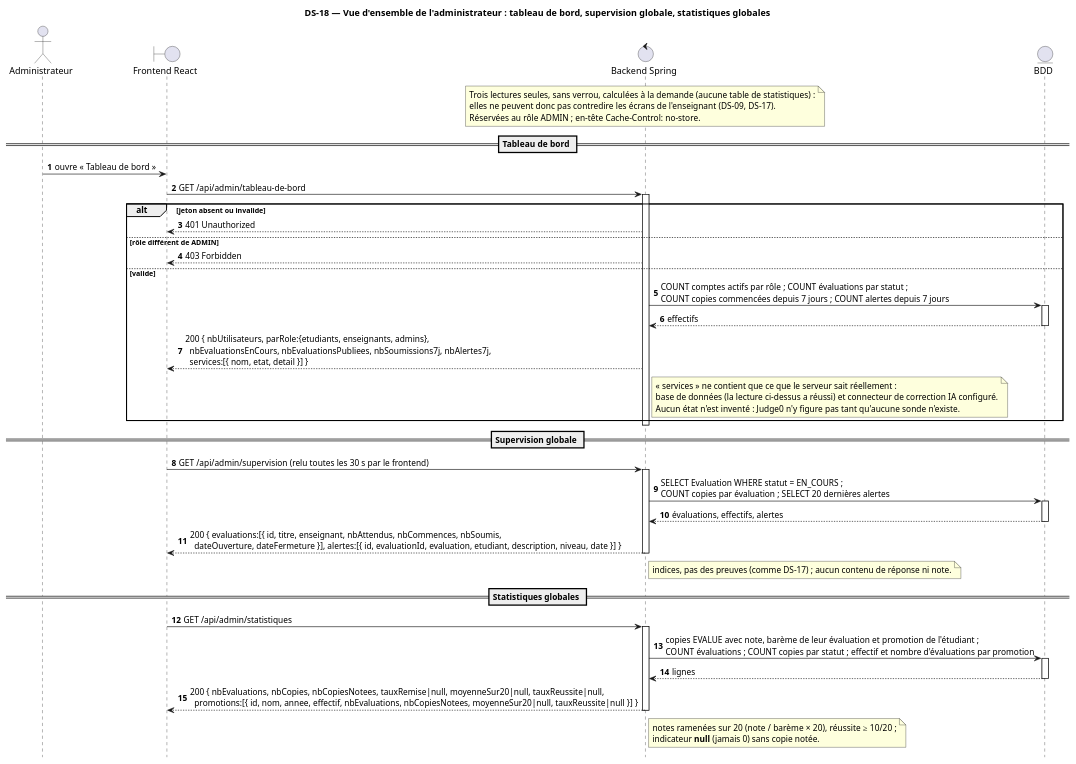
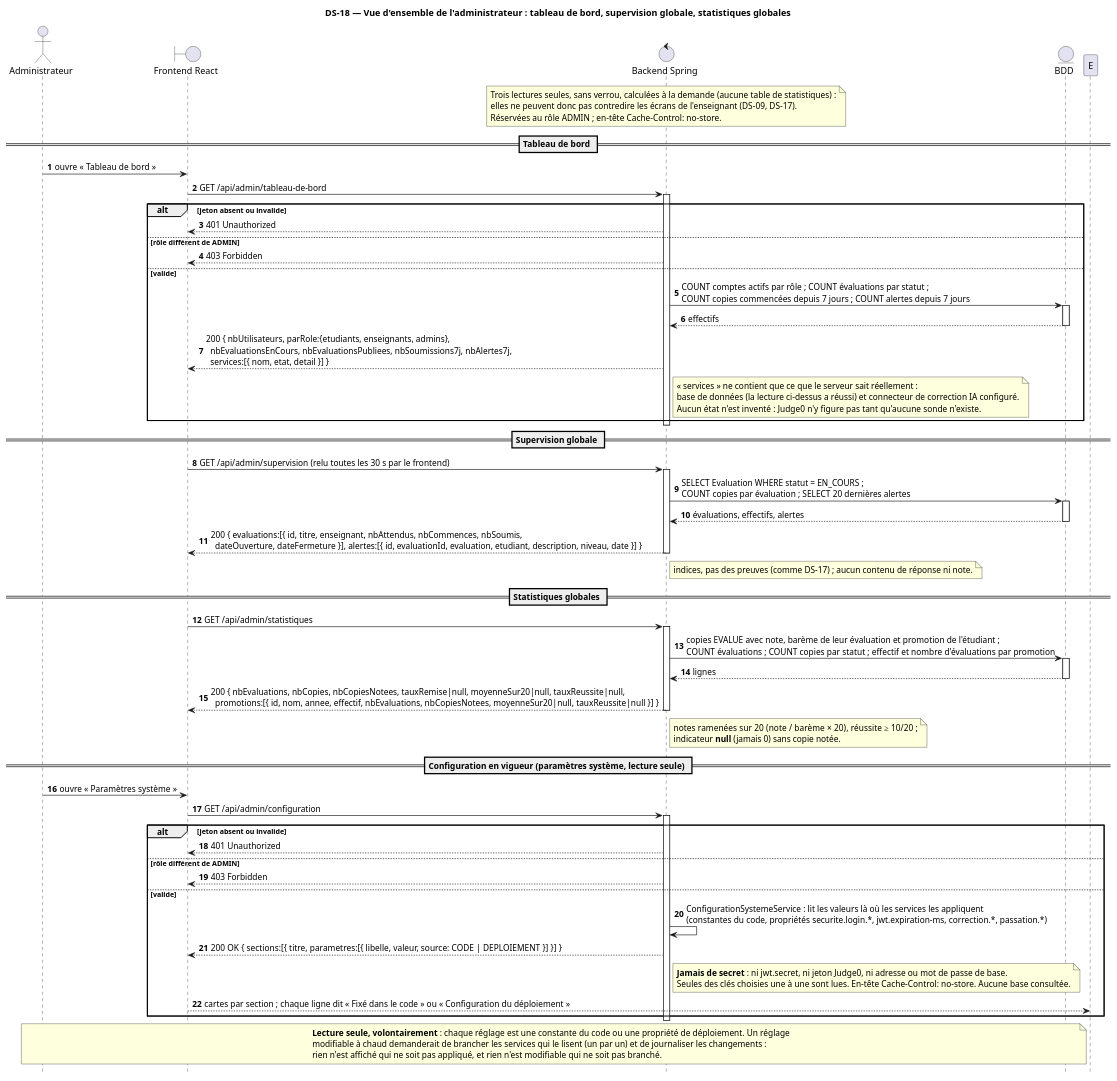
Before and after one commit to MorLeye75/eval-platform: the diagram in docs/diagrammes-sequence/DS-18-vue-ensemble-admin.puml, drawn with PlantUML. The commit also changed 13 other files, not shown here.

First line of the commit message:
DS-18 : paramètres système en lecture seule, branchés sur la configuration réelle

```diff
--- a/docs/diagrammes-sequence/DS-18-vue-ensemble-admin.puml
+++ b/docs/diagrammes-sequence/DS-18-vue-ensemble-admin.puml
@@ -1,46 +1,65 @@
 @startuml DS-18_vue_ensemble_admin
 title DS-18 — Vue d'ensemble de l'administrateur : tableau de bord, supervision globale, statistiques globales
 hide footbox
 autonumber
 actor "Administrateur" as A
 boundary "Frontend React" as F
 control "Backend Spring" as B
 entity "BDD" as D
 
 note over B
   Trois lectures seules, sans verrou, calculées à la demande (aucune table de statistiques) :
   elles ne peuvent donc pas contredire les écrans de l'enseignant (DS-09, DS-17).
   Réservées au rôle ADMIN ; en-tête Cache-Control: no-store.
 end note
 
 == Tableau de bord ==
 A -> F : ouvre « Tableau de bord »
 F -> B ++ : GET /api/admin/tableau-de-bord
 alt jeton absent ou invalide
   B --> F : 401 Unauthorized
 else rôle différent de ADMIN
   B --> F : 403 Forbidden
 else valide
   B -> D ++ : COUNT comptes actifs par rôle ; COUNT évaluations par statut ;\nCOUNT copies commencées depuis 7 jours ; COUNT alertes depuis 7 jours
   D --> B -- : effectifs
   B --> F : 200 { nbUtilisateurs, parRole:{etudiants, enseignants, admins},\n  nbEvaluationsEnCours, nbEvaluationsPubliees, nbSoumissions7j, nbAlertes7j,\n  services:[{ nom, etat, detail }] }
   note right of B : « services » ne contient que ce que le serveur sait réellement :\nbase de données (la lecture ci-dessus a réussi) et connecteur de correction IA configuré.\nAucun état n'est inventé : Judge0 n'y figure pas tant qu'aucune sonde n'existe.
 end
 deactivate B
 
 == Supervision globale ==
 F -> B ++ : GET /api/admin/supervision (relu toutes les 30 s par le frontend)
 B -> D ++ : SELECT Evaluation WHERE statut = EN_COURS ;\nCOUNT copies par évaluation ; SELECT 20 dernières alertes
 D --> B -- : évaluations, effectifs, alertes
 B --> F : 200 { evaluations:[{ id, titre, enseignant, nbAttendus, nbCommences, nbSoumis,\n  dateOuverture, dateFermeture }], alertes:[{ id, evaluationId, evaluation, etudiant, description, niveau, date }] }
 note right of B : indices, pas des preuves (comme DS-17) ; aucun contenu de réponse ni note.
 deactivate B
 
 == Statistiques globales ==
 F -> B ++ : GET /api/admin/statistiques
 B -> D ++ : copies EVALUE avec note, barème de leur évaluation et promotion de l'étudiant ;\nCOUNT évaluations ; COUNT copies par statut ; effectif et nombre d'évaluations par promotion
 D --> B -- : lignes
 B --> F : 200 { nbEvaluations, nbCopies, nbCopiesNotees, tauxRemise|null, moyenneSur20|null, tauxReussite|null,\n  promotions:[{ id, nom, annee, effectif, nbEvaluations, nbCopiesNotees, moyenneSur20|null, tauxReussite|null }] }
 note right of B : notes ramenées sur 20 (note / barème × 20), réussite ≥ 10/20 ;\nindicateur **null** (jamais 0) sans copie notée.
 deactivate B
+== Configuration en vigueur (paramètres système, lecture seule) ==
+A -> F : ouvre « Paramètres système »
+F -> B ++ : GET /api/admin/configuration
+alt jeton absent ou invalide
+  B --> F : 401 Unauthorized
+else rôle différent de ADMIN
+  B --> F : 403 Forbidden
+else valide
+  B -> B : ConfigurationSystemeService : lit les valeurs là où les services les appliquent\n(constantes du code, propriétés securite.login.*, jwt.expiration-ms, correction.*, passation.*)
+  B --> F : 200 OK { sections:[{ titre, parametres:[{ libelle, valeur, source: CODE | DEPLOIEMENT }] }] }
+  note right of B : **Jamais de secret** : ni jwt.secret, ni jeton Judge0, ni adresse ou mot de passe de base.\nSeules des clés choisies une à une sont lues. En-tête Cache-Control: no-store. Aucune base consultée.
+  F --> E : cartes par section ; chaque ligne dit « Fixé dans le code » ou « Configuration du déploiement »
+end
+deactivate B
+note over A, D
+  **Lecture seule, volontairement** : chaque réglage est une constante du code ou une propriété de déploiement. Un réglage
+  modifiable à chaud demanderait de brancher les services qui le lisent (un par un) et de journaliser les changements :
+  rien n'est affiché qui ne soit pas appliqué, et rien n'est modifiable qui ne soit pas branché.
+end note
 @enduml
```
